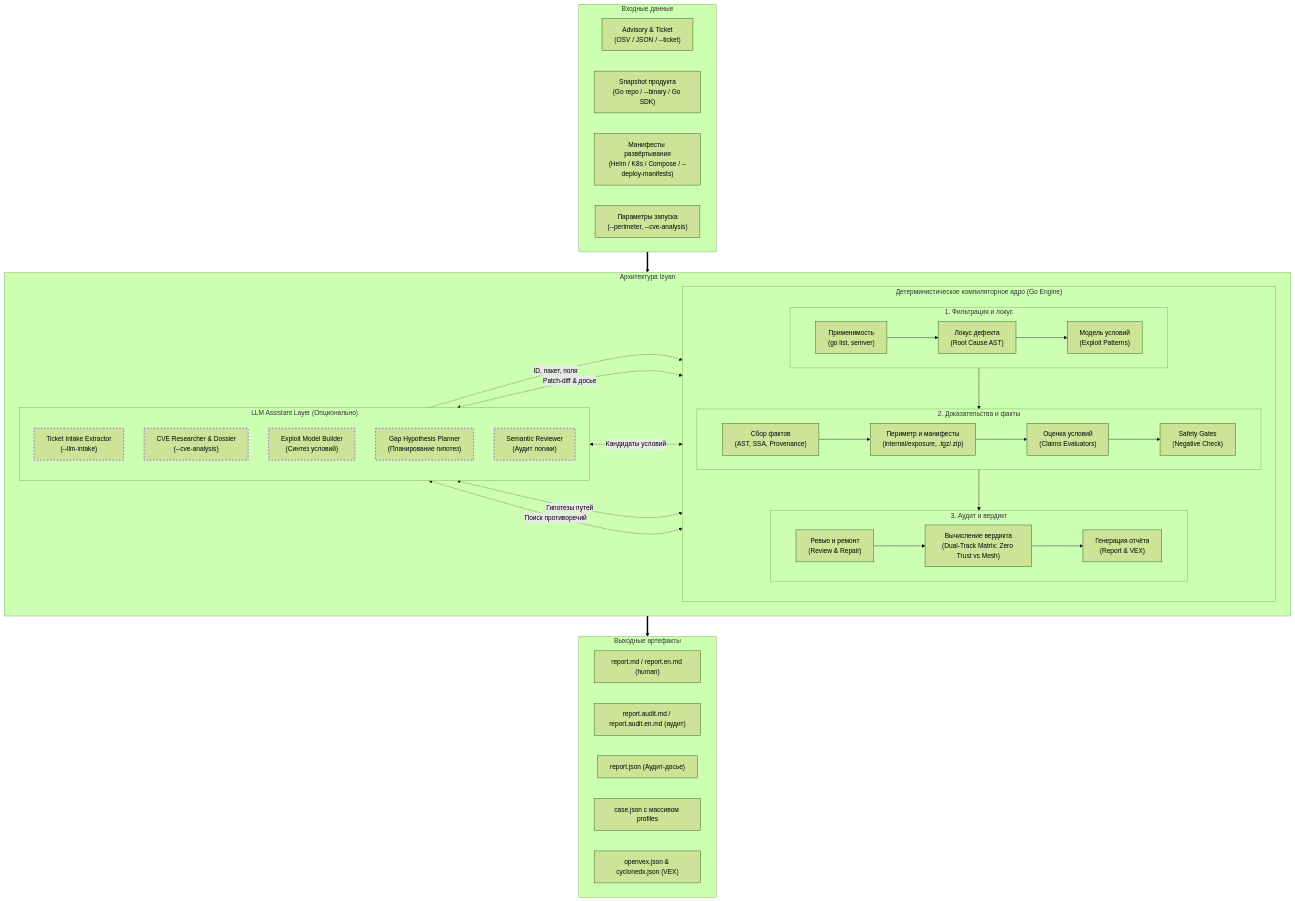
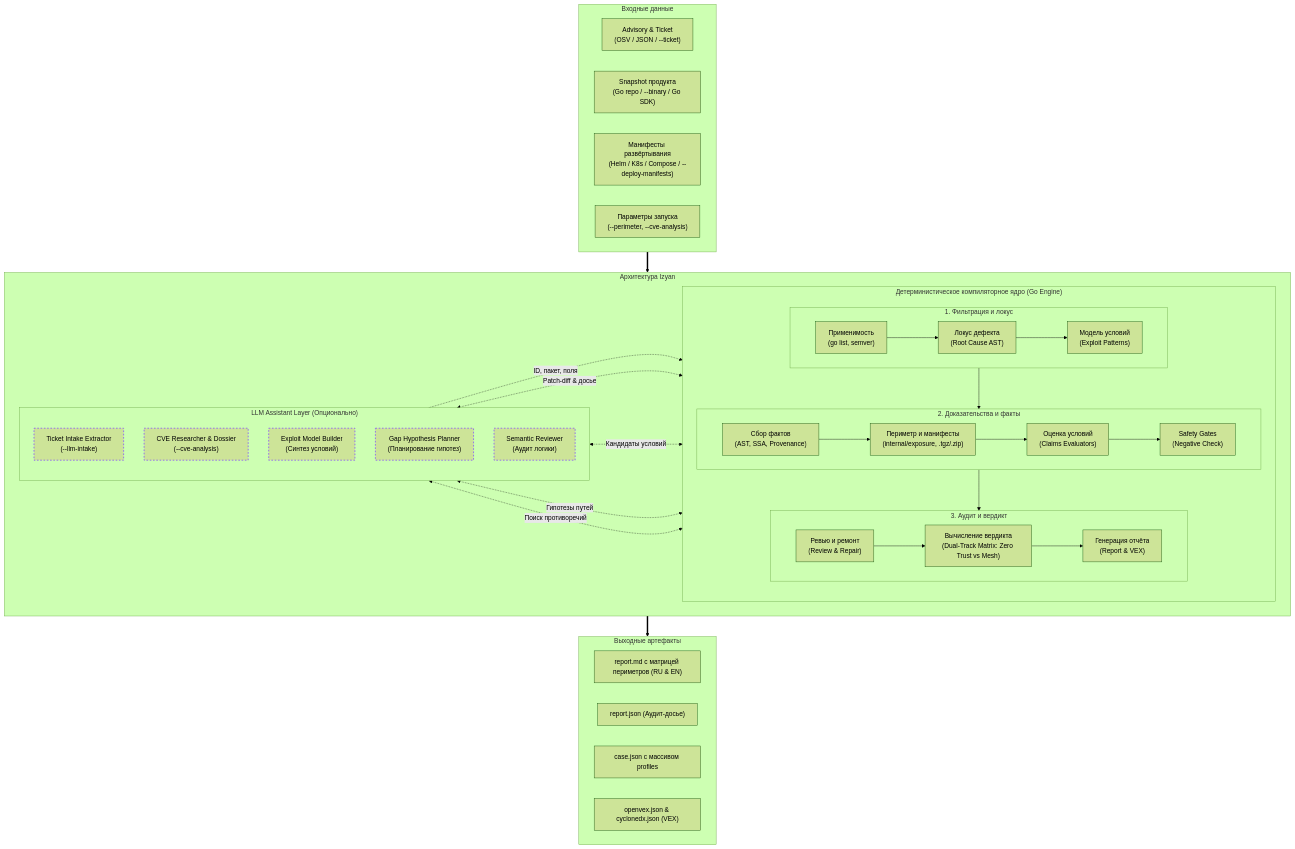
Before and after one commit to davniy/izyan: the first of 3 diagrams in docs/architecture.md, drawn with Mermaid (forest theme). The commit also changed other lines of this file and 1570 other files, not shown here.

````diff
--- a/docs/architecture.md
+++ b/docs/architecture.md
@@ -11,61 +11,60 @@
 ```mermaid
 flowchart TD
     subgraph Inputs ["Входные данные"]
         direction LR
         Adv["Advisory & Ticket<br>(OSV / JSON / --ticket)"]
         Snap["Snapshot продукта<br>(Go repo / --binary / Go SDK)"]
         Dep["Манифесты развёртывания<br>(Helm / K8s / Compose / --deploy-manifests)"]
         Cfg["Параметры запуска<br>(--perimeter, --cve-analysis)"]
     end
 
     subgraph Architecture ["Архитектура Izyan"]
         direction LR
 
         subgraph Core ["Детерминистическое компиляторное ядро (Go Engine)"]
             direction TB
             subgraph Phase1 ["1. Фильтрация и локус"]
                 direction LR
                 S1["Применимость<br>(go list, semver)"] --> S2["Локус дефекта<br>(Root Cause AST)"] --> S3["Модель условий<br>(Exploit Patterns)"]
             end
             subgraph Phase2 ["2. Доказательства и факты"]
                 direction LR
                 S4["Сбор фактов<br>(AST, SSA, Provenance)"] --> S4b["Периметр и манифесты<br>(internal/exposure, .tgz/.zip)"] --> S5["Оценка условий<br>(Claims Evaluators)"] --> S6["Safety Gates<br>(Negative Check)"]
             end
             subgraph Phase3 ["3. Аудит и вердикт"]
                 direction LR
                 S7["Ревью и ремонт<br>(Review & Repair)"] --> S8["Вычисление вердикта<br>(Dual-Track Matrix: Zero Trust vs Mesh)"] --> S9["Генерация отчёта<br>(Report & VEX)"]
             end
             Phase1 --> Phase2 --> Phase3
         end
 
         subgraph LLMLayer ["LLM Assistant Layer (Опционально)"]
             direction TB
             L1["Ticket Intake Extractor<br>(--llm-intake)"]
             L2["CVE Researcher & Dossier<br>(--cve-analysis)"]
             L3["Exploit Model Builder<br>(Синтез условий)"]
             L4["Gap Hypothesis Planner<br>(Планирование гипотез)"]
             L5["Semantic Reviewer<br>(Аудит логики)"]
         end
     end
 
     subgraph Outputs ["Выходные артефакты"]
         direction LR
-        RepMD["report.md / report.en.md (human)"]
-        RepAudit["report.audit.md / report.audit.en.md (аудит)"]
+        RepMD["report.md с матрицей периметров (RU & EN)"]
         RepJSON["report.json (Аудит-досье)"]
         CaseJSON["case.json с массивом profiles"]
         VEX["openvex.json & cyclonedx.json (VEX)"]
     end
 
     Inputs ==> Phase1
     L1 -.->|ID, пакет, поля| S1
     L2 <.->|Patch-diff & досье| S2
     L3 <.->|Кандидаты условий| S3
     L4 <.->|Гипотезы путей| S4
     L5 <.->|Поиск противоречий| S7
 
     Phase3 ==> Outputs
 
     classDef llmNode stroke:#8b5cf6,stroke-width:2px,stroke-dasharray: 4 4;
     class L1,L2,L3,L4,L5 llmNode;
 ```
````
